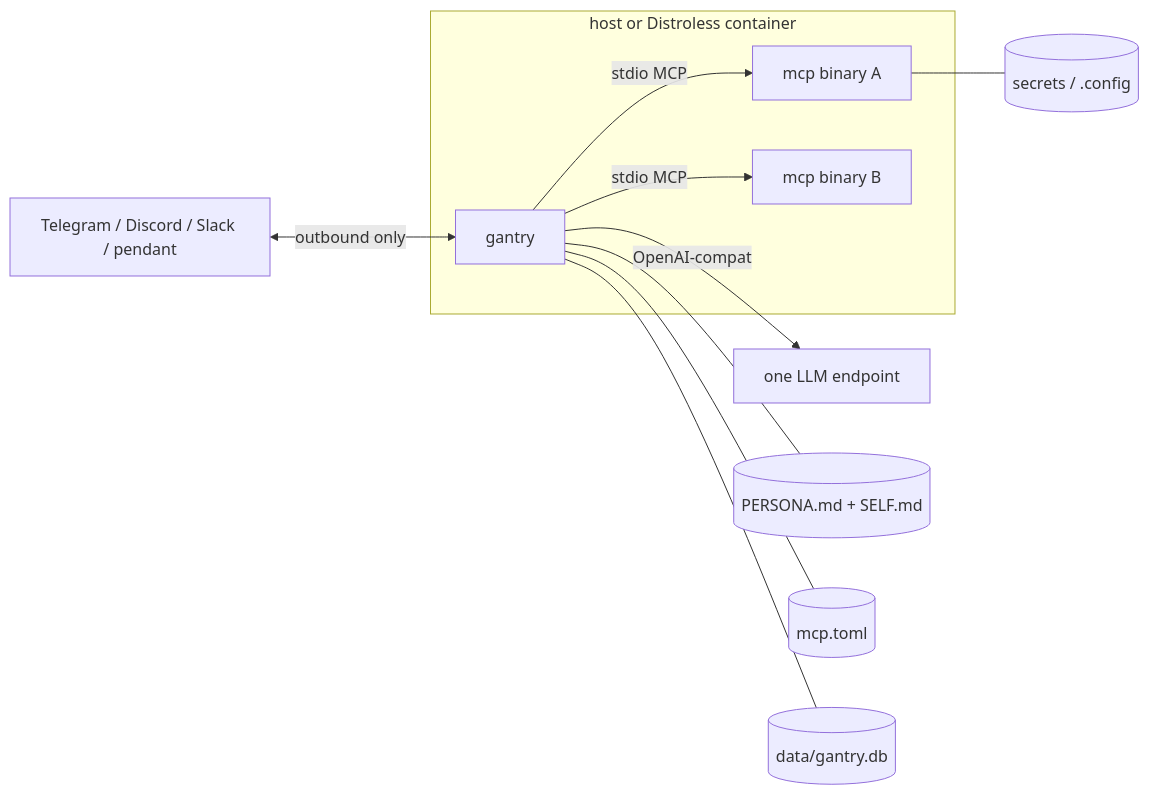
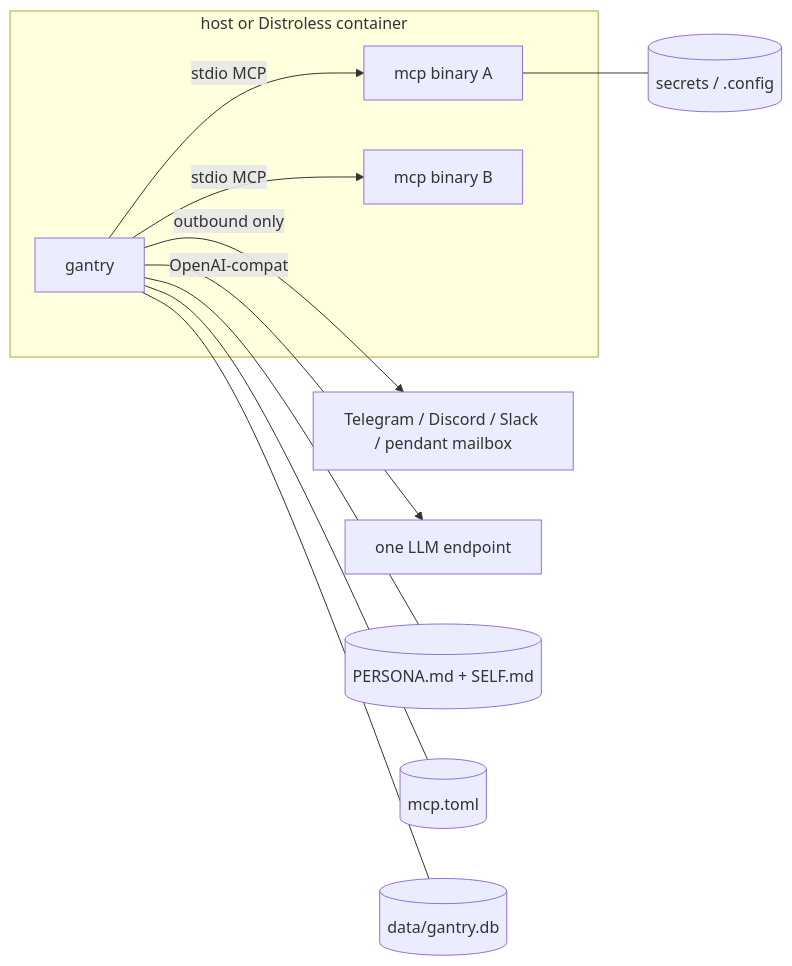
The first of 8 diagrams in docs/architecture.md (shotah/ai-gantry), drawn with Mermaid before and after one commit. The commit also changed other lines of this file and 11 other files, not shown here.

````diff
--- a/docs/architecture.md
+++ b/docs/architecture.md
@@ -11,18 +13,19 @@
 ```mermaid
 flowchart LR
-  CH[Telegram / Discord / Slack / pendant] <-->|outbound only| K
+  CH[Telegram / Discord / Slack / pendant mailbox]
 
   subgraph Host["host or Distroless container"]
     K[gantry]
     M1[mcp binary A]
     M2[mcp binary B]
     K -->|stdio MCP| M1
     K -->|stdio MCP| M2
   end
 
+  K -->|outbound only| CH
   K -->|OpenAI-compat| LLM[one LLM endpoint]
   K --- P[("PERSONA.md + SELF.md")]
   K --- MF[("mcp.toml")]
   K --- D[("data/gantry.db")]
   M1 --- S[("secrets / .config")]
 ```
````
